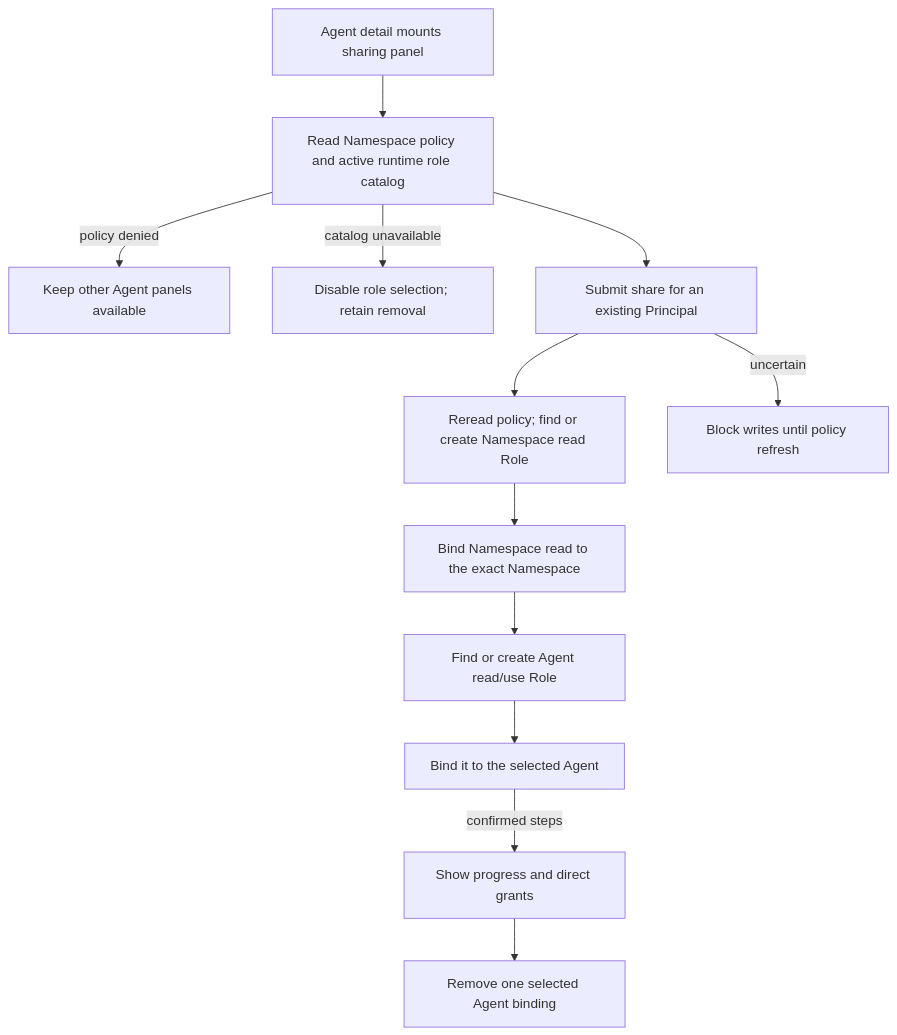
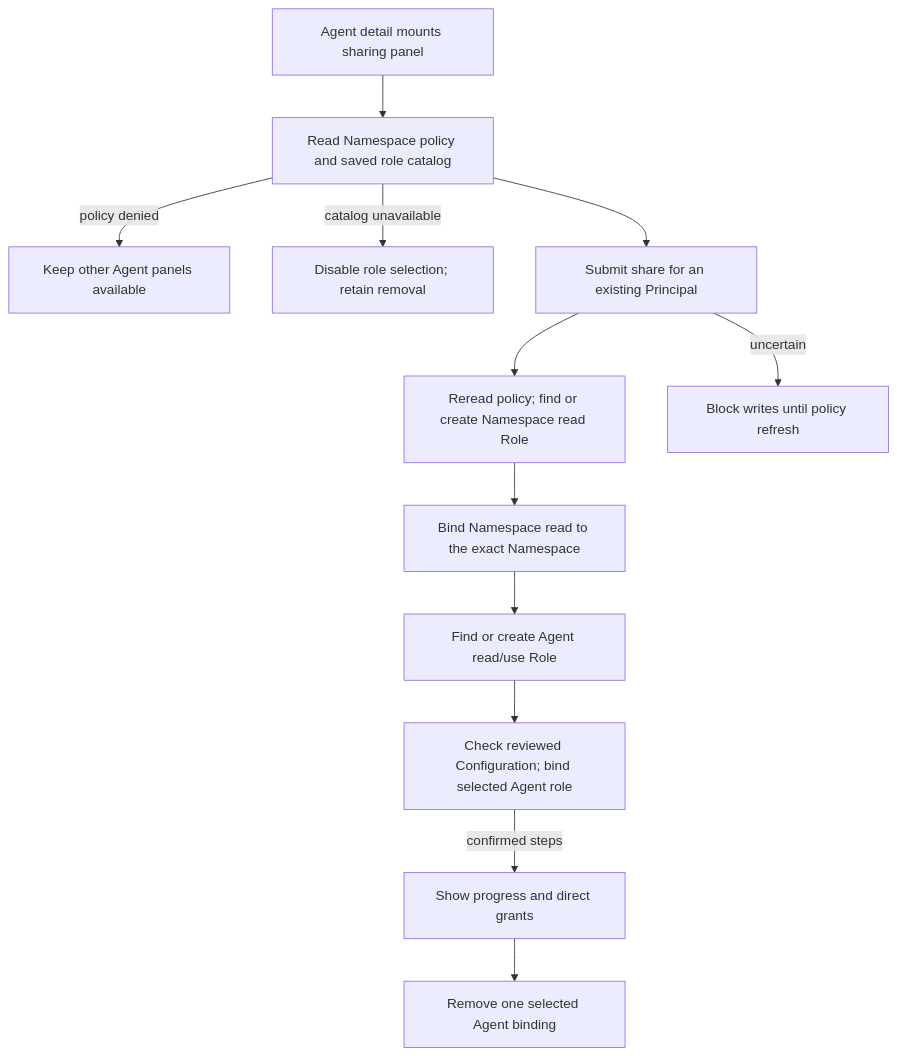
Before and after one commit to openclaw/openclaw-enterprise: the diagram in docs/flows/platform-console/agent-sharing.md, drawn with Mermaid. The commit also changed other lines of this file and 26 other files, not shown here.

Commit message:
fix(iam): manage runtime assignments from saved configuration

````diff
--- a/docs/flows/platform-console/agent-sharing.md
+++ b/docs/flows/platform-console/agent-sharing.md
@@ -28,14 +28,14 @@
 ```mermaid
 graph TD
-  A["Agent detail mounts sharing panel"] --> B["Read Namespace policy and active runtime role catalog"]
+  A["Agent detail mounts sharing panel"] --> B["Read Namespace policy and saved role catalog"]
   B -->|policy denied| K["Keep other Agent panels available"]
   B -->|catalog unavailable| L["Disable role selection; retain removal"]
   B --> C["Submit share for an existing Principal"]
   C --> D["Reread policy; find or create Namespace read Role"]
   D --> E["Bind Namespace read to the exact Namespace"]
   E --> F["Find or create Agent read/use Role"]
-  F --> G["Bind it to the selected Agent"]
+  F --> G["Check reviewed Configuration; bind selected Agent role"]
   G -->|confirmed steps| H["Show progress and direct grants"]
   C -->|uncertain| Q["Block writes until policy refresh"]
   H --> R["Remove one selected Agent binding"]
 ```
````
